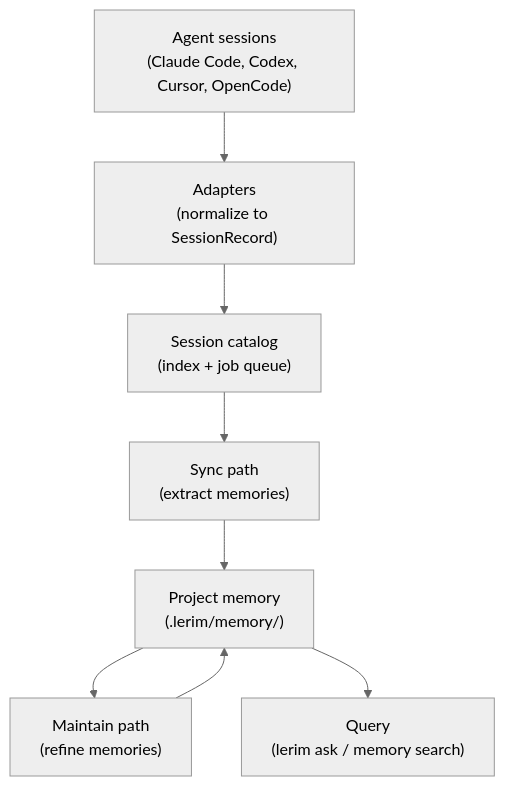
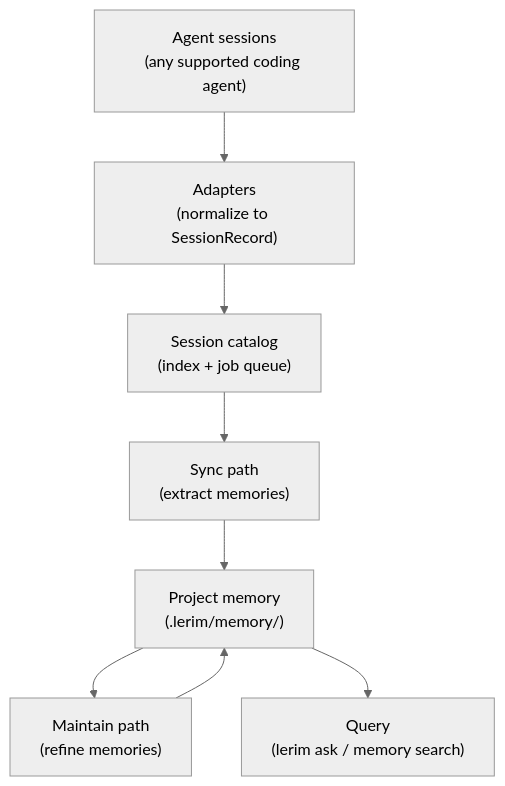
Before and after one commit to awright101012/lerim-cli: the first of 2 diagrams in docs/concepts/how-it-works.md, drawn with Mermaid (neutral theme). The commit also changed other lines of this file and 5 other files, not shown here.

````diff
--- a/docs/concepts/how-it-works.md
+++ b/docs/concepts/how-it-works.md
@@ -47,10 +47,10 @@
 ```mermaid
 flowchart TD
-    A["Agent sessions\n(Claude Code, Codex, Cursor, OpenCode)"] --> B["Adapters\n(normalize to SessionRecord)"]
+    A["Agent sessions\n(any supported coding agent)"] --> B["Adapters\n(normalize to SessionRecord)"]
     B --> C["Session catalog\n(index + job queue)"]
     C --> D["Sync path\n(extract memories)"]
     D --> E["Project memory\n(.lerim/memory/)"]
     E --> F["Maintain path\n(refine memories)"]
     F --> E
     E --> G["Query\n(lerim ask / memory search)"]
 ```
````
